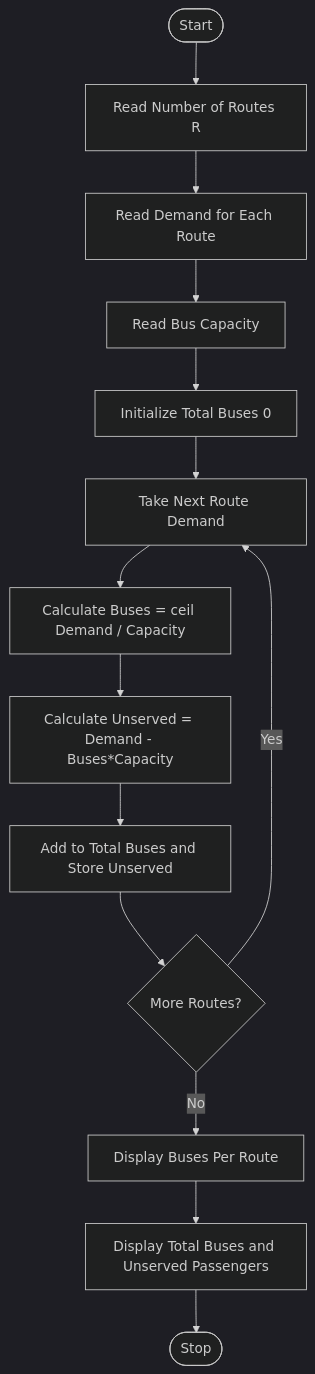
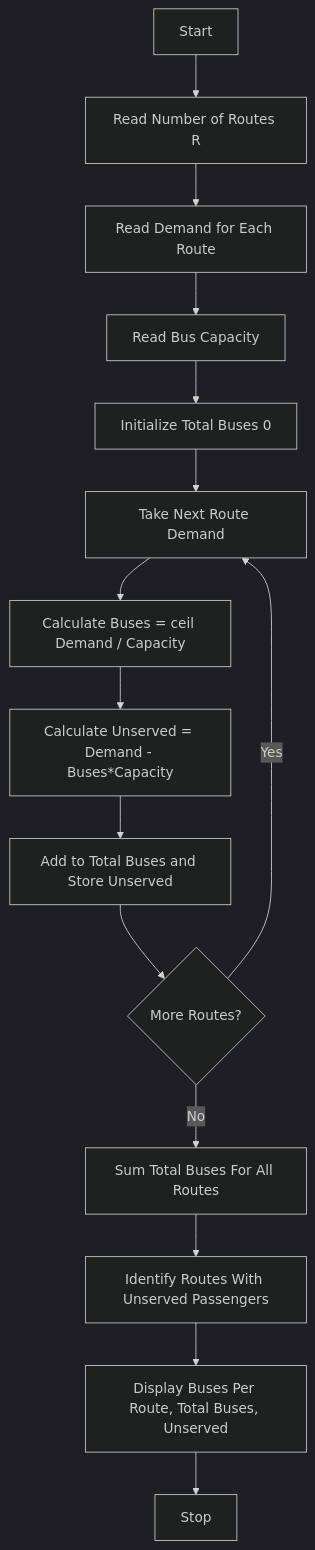
Before and after one commit to bhavyabalusupati10-maker/Python-Tasks: the diagram in Task7/Code.md, drawn with Mermaid (dark theme). The commit also changed other lines of this file, not shown here.

````diff
--- a/Task7/Code.md
+++ b/Task7/Code.md
@@ -21,16 +23,17 @@
 ```mermaid
 flowchart TD
-    First([Start]) --> A[Read Number of Routes R]
-    A --> B[Read Demand for Each Route]
-    B --> C[Read Bus Capacity]
-    C --> D[Initialize Total Buses 0]
-    D --> E[Take Next Route Demand]
-    E --> F[Calculate Buses = ceil Demand / Capacity]
-    F --> G[Calculate Unserved = Demand - Buses*Capacity]
-    G --> H[Add to Total Buses and Store Unserved]
-    H --> I{More Routes?}
-    I -->|Yes| E
-    I -->|No| J[Display Buses Per Route]
-    J --> K[Display Total Buses and Unserved Passengers]
-    K --> Last([Stop])
+    A[Start] --> B[Read Number of Routes R]
+    B --> C[Read Demand for Each Route]
+    C --> D[Read Bus Capacity]
+    D --> E[Initialize Total Buses 0]
+    E --> F[Take Next Route Demand]
+    F --> G[Calculate Buses = ceil Demand / Capacity]
+    G --> H[Calculate Unserved = Demand - Buses*Capacity]
+    H --> I[Add to Total Buses and Store Unserved]
+    I --> J{More Routes?}
+    J -- Yes --> F
+    J -- No --> K[Sum Total Buses For All Routes]
+    K --> L[Identify Routes With Unserved Passengers]
+    L --> M[Display Buses Per Route, Total Buses, Unserved]
+    M --> N[Stop]
 ```
````
